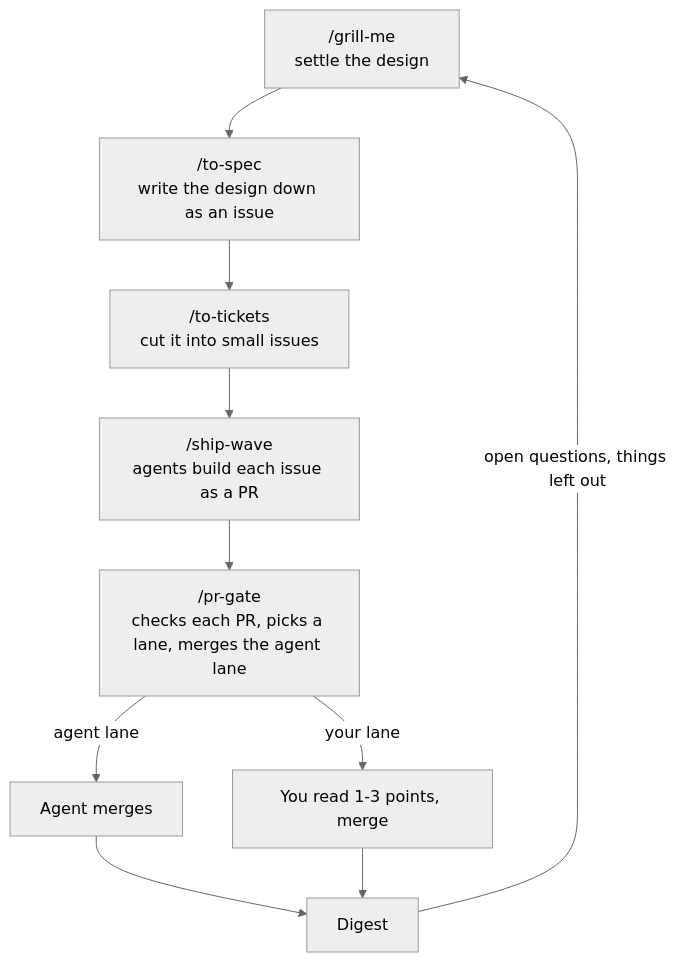
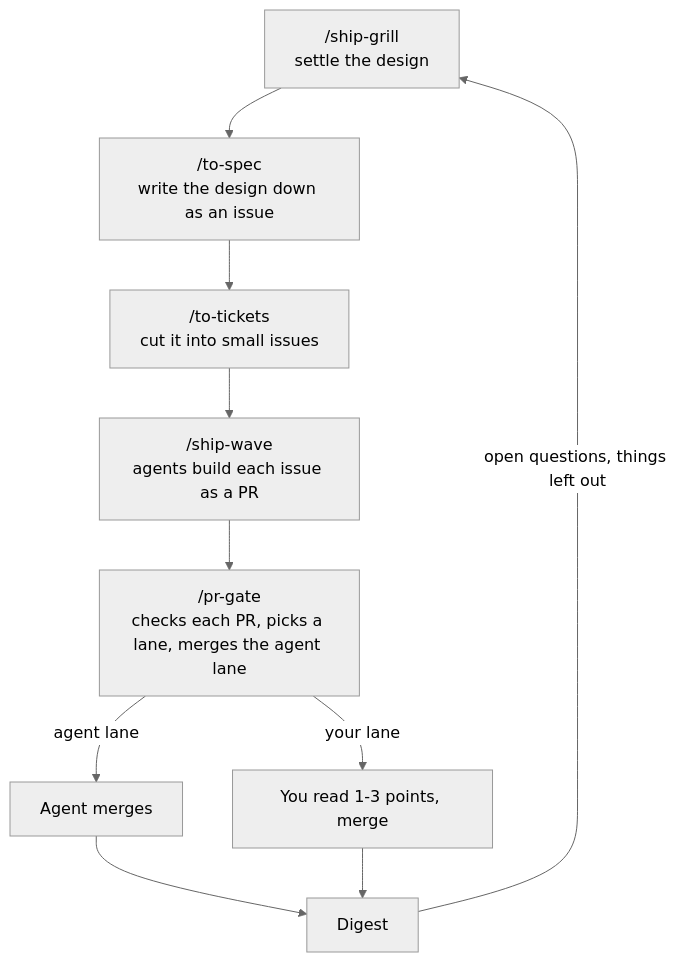
The diagram in README.md (freshmick/agent-skills), drawn with Mermaid (neutral theme) before and after one commit. The commit also changed other lines of this file and 3 other files, not shown here.

First line of the commit message:
Add ship-grill; ship-wave asks how many PRs may wait on you (#32)

````diff
--- a/README.md
+++ b/README.md
@@ -76,12 +76,12 @@
 ```mermaid
 flowchart TD
-    A["/grill-me<br/>settle the design"] --> S["/to-spec<br/>write the design down as an issue"]
+    A["/ship-grill<br/>settle the design"] --> S["/to-spec<br/>write the design down as an issue"]
     S --> B["/to-tickets<br/>cut it into small issues"]
     B --> C["/ship-wave<br/>agents build each issue as a PR"]
     C --> D["/pr-gate<br/>checks each PR, picks a lane, merges the agent lane"]
     D -->|agent lane| E[Agent merges]
     D -->|your lane| F[You read 1-3 points, merge]
     E --> G[Digest]
     F --> G
     G -->|open questions, things left out| A
 ```
````
